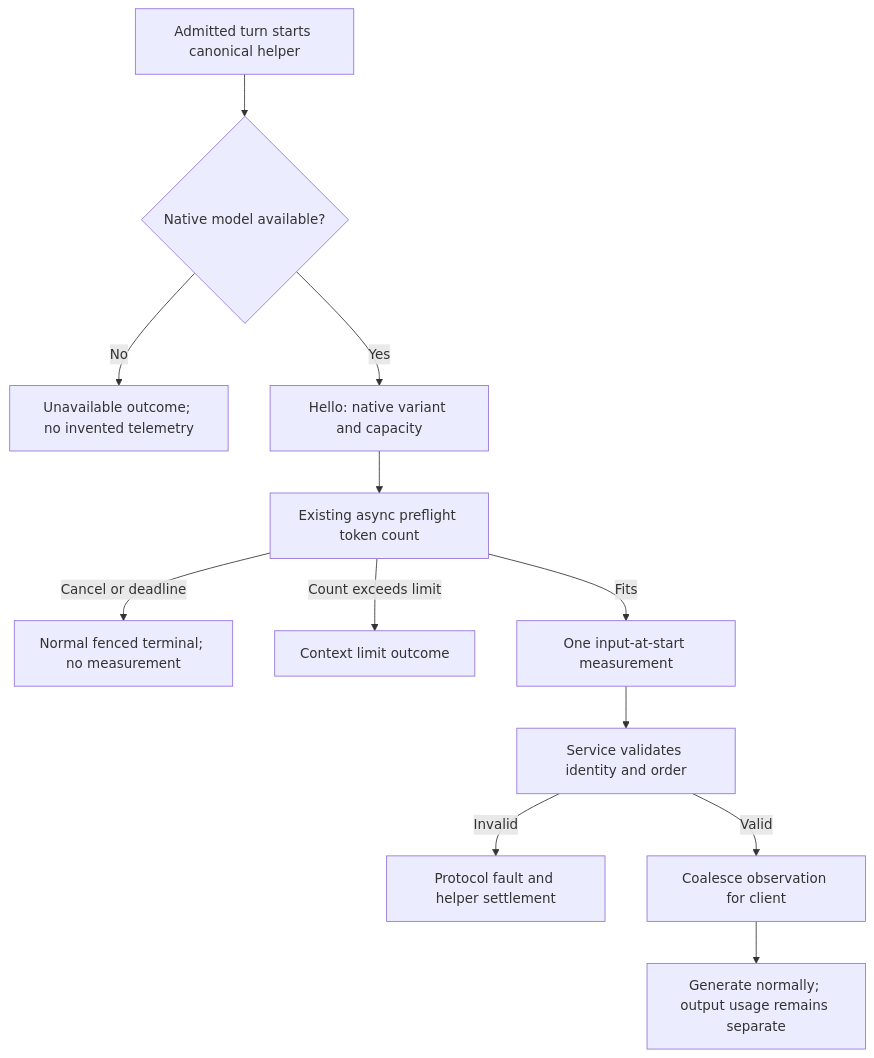
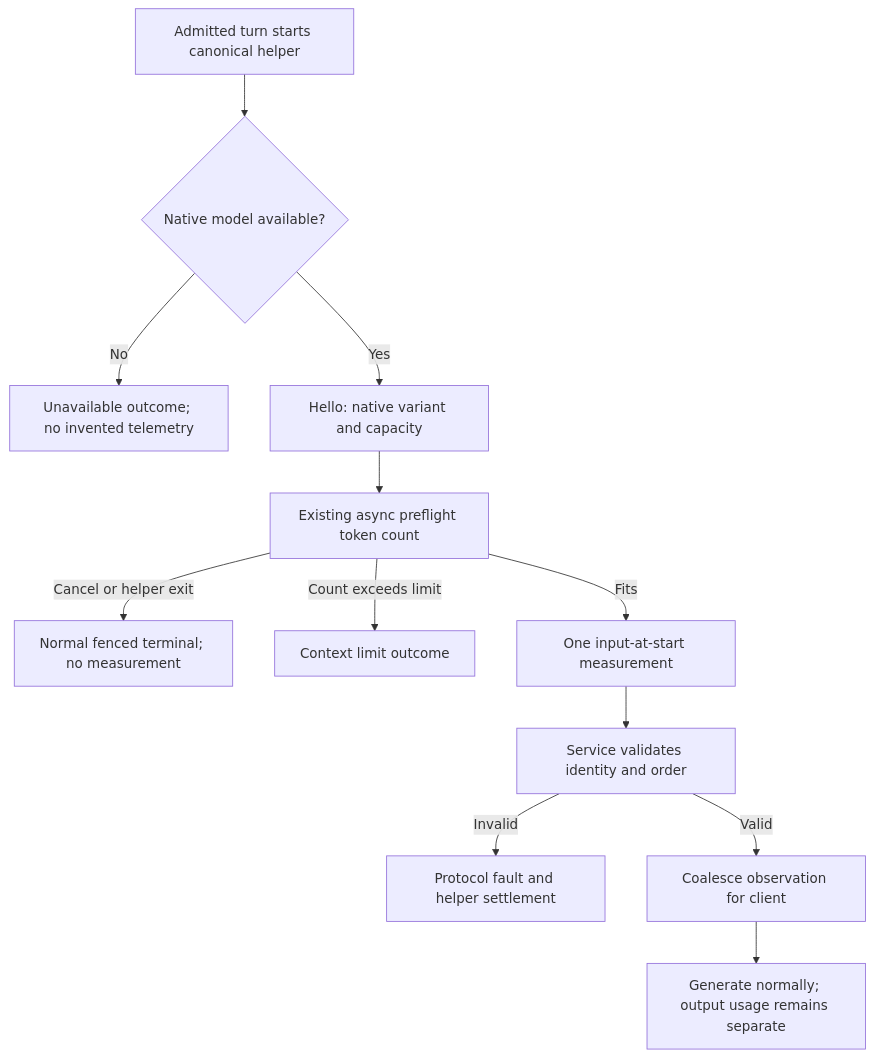
The second of 3 diagrams in docs/designs/model-context-telemetry.md (pidster/asura), drawn with Mermaid before and after one commit. The commit also changed other lines of this file and 39 other files, not shown here.

````diff
--- a/docs/designs/model-context-telemetry.md
+++ b/docs/designs/model-context-telemetry.md
@@ -114,14 +116,14 @@
 ```mermaid
 flowchart TD
   A[Admitted turn starts canonical helper] --> B{Native model available?}
   B -->|No| C[Unavailable outcome; no invented telemetry]
   B -->|Yes| D[Hello: native variant and capacity]
   D --> E[Existing async preflight token count]
-  E -->|Cancel or deadline| F[Normal fenced terminal; no measurement]
+  E -->|Cancel or helper exit| F[Normal fenced terminal; no measurement]
   E -->|Count exceeds limit| G[Context limit outcome]
   E -->|Fits| H[One input-at-start measurement]
   H --> I[Service validates identity and order]
   I -->|Invalid| J[Protocol fault and helper settlement]
   I -->|Valid| K[Coalesce observation for client]
   K --> L[Generate normally; output usage remains separate]
 ```
````
